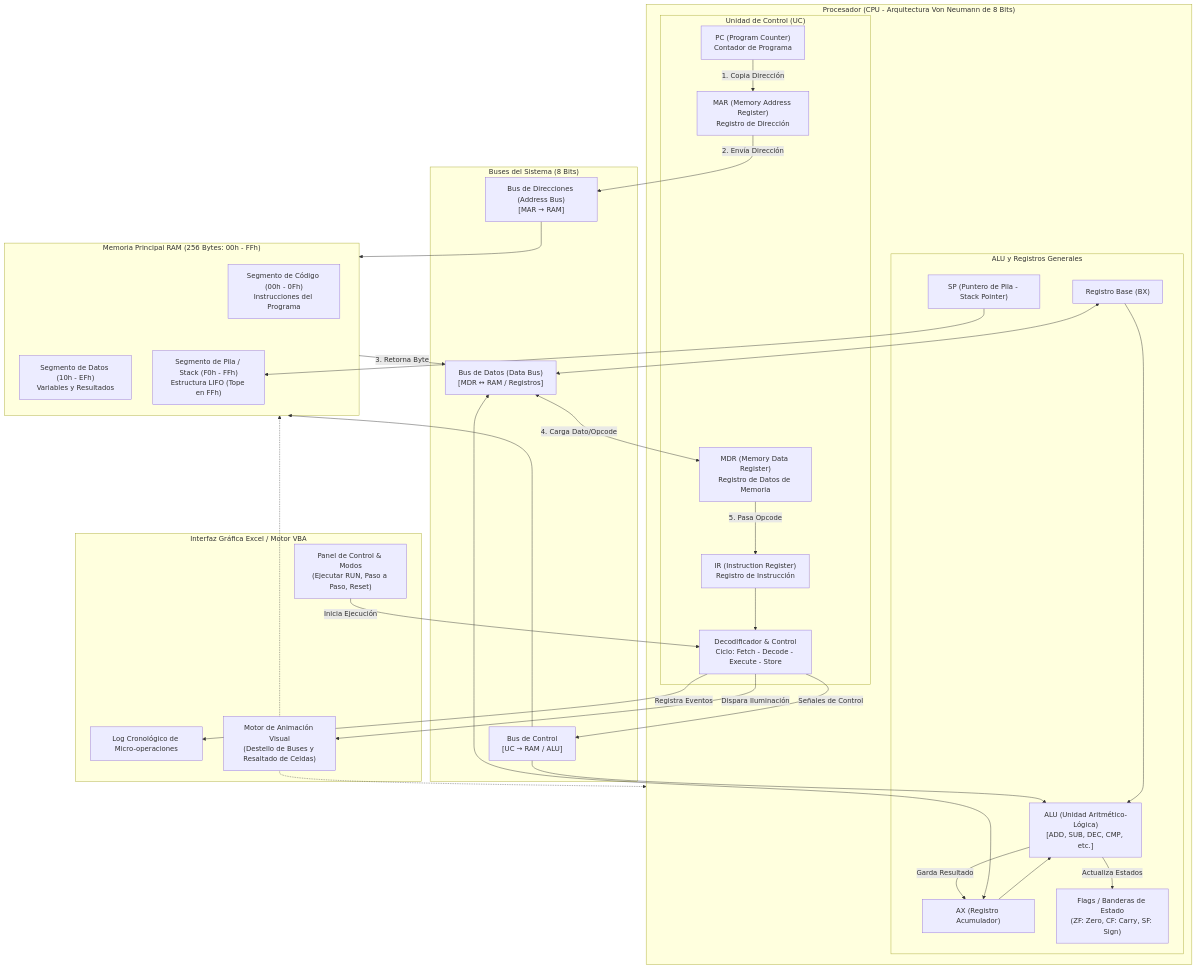
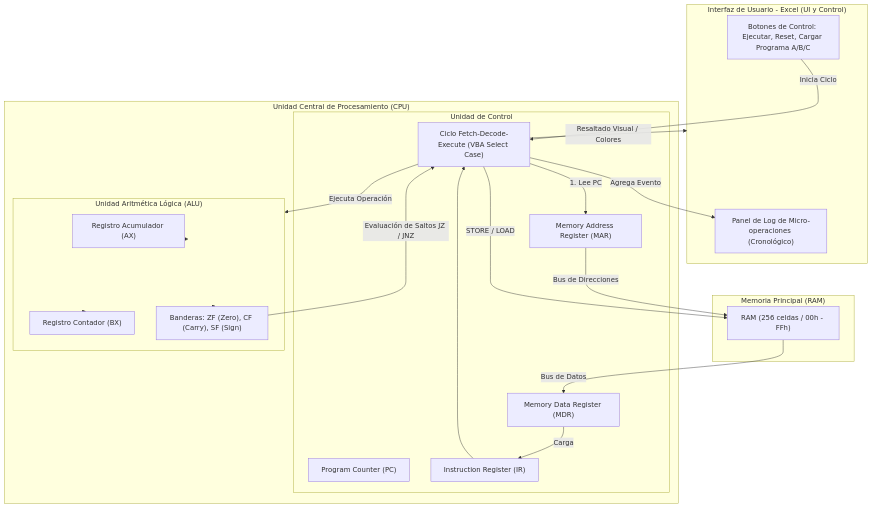
Before and after one commit to BilyMR/C1_Arquitectura_Computadoras: the diagram in docs/diagrama_arquitectura.mmd, drawn with Mermaid.

Commit message:
docs: actualizar diagrama de arquitectura con componentes ALU y buses sincronizados

```diff
--- a/docs/diagrama_arquitectura.mmd
+++ b/docs/diagrama_arquitectura.mmd
@@ -1,68 +1,46 @@
 graph TD
-    subgraph CPU ["Procesador (CPU - Arquitectura Von Neumann de 8 Bits)"]
-        subgraph UC ["Unidad de Control (UC)"]
-            PC["PC (Program Counter)<br/>Contador de Programa"]
-            IR["IR (Instruction Register)<br/>Registro de Instrucción"]
-            MAR["MAR (Memory Address Register)<br/>Registro de Dirección"]
-            MDR["MDR (Memory Data Register)<br/>Registro de Datos de Memoria"]
-            CU_LOGIC["Decodificador & Control<br/>Ciclo: Fetch - Decode - Execute - Store"]
+    subgraph UI ["Interfaz de Usuario - Excel (UI y Control)"]
+        Buttons["Botones de Control: Ejecutar, Reset, Cargar Programa A/B/C"]
+        LogPanel["Panel de Log de Micro-operaciones (Cronológico)"]
+    end
+
+    subgraph CPU ["Unidad Central de Procesamiento (CPU)"]
+        subgraph CU ["Unidad de Control"]
+            PC["Program Counter (PC)"]
+            MAR["Memory Address Register (MAR)"]
+            MDR["Memory Data Register (MDR)"]
+            IR["Instruction Register (IR)"]
+            FDE["Ciclo Fetch-Decode-Execute (VBA Select Case)"]
         end
 
-        subgraph ALU_REGS ["ALU y Registros Generales"]
-            AX["AX (Registro Acumulador)"]
-            BX["Registro Base (BX)"]
-            SP["SP (Puntero de Pila - Stack Pointer)"]
-            FLAGS["Flags / Banderas de Estado<br/>(ZF: Zero, CF: Carry, SF: Sign)"]
-            ALU_UNIT["ALU (Unidad Aritmético-Lógica)<br/>[ADD, SUB, DEC, CMP, etc.]"]
+        subgraph ALU ["Unidad Aritmética Lógica (ALU)"]
+            AX["Registro Acumulador (AX)"]
+            BX["Registro Contador (BX)"]
+            Flags["Banderas: ZF (Zero), CF (Carry), SF (Sign)"]
         end
     end
 
-    subgraph BUSES ["Buses del Sistema (8 Bits)"]
-        ADDR_BUS["Bus de Direcciones (Address Bus)<br/>[MAR &rarr; RAM]"]
-        DATA_BUS["Bus de Datos (Data Bus)<br/>[MDR &harr; RAM / Registros]"]
-        CTRL_BUS["Bus de Control<br/>[UC &rarr; RAM / ALU]"]
+    subgraph Memory ["Memoria Principal (RAM)"]
+        RAM["RAM (256 celdas / 00h - FFh)"]
     end
 
-    subgraph RAM_MEM ["Memoria Principal RAM (256 Bytes: 00h - FFh)"]
-        CODE_SEG["Segmento de Código (00h - 0Fh)<br/>Instrucciones del Programa"]
-        DATA_SEG["Segmento de Datos (10h - EFh)<br/>Variables y Resultados"]
-        STACK_SEG["Segmento de Pila / Stack (F0h - FFh)<br/>Estructura LIFO (Tope en FFh)"]
-    end
-
-    subgraph UI ["Interfaz Gráfica Excel / Motor VBA"]
-        PANEL["Panel de Control & Modos<br/>(Ejecutar RUN, Paso a Paso, Reset)"]
-        LOG["Log Cronológico de Micro-operaciones"]
-        ANIM["Motor de Animación Visual<br/>(Destello de Buses y Resaltado de Celdas)"]
-    end
-
-    %% Conexiones del Ciclo de Búsqueda (Fetch) y Memoria
-    PC -->|1. Copia Dirección| MAR
-    MAR -->|2. Envía Dirección| ADDR_BUS
-    ADDR_BUS --> RAM_MEM
-
-    RAM_MEM -->|3. Retorna Byte| DATA_BUS
-    DATA_BUS <-->|4. Carga Dato/Opcode| MDR
-    MDR -->|5. Pasa Opcode| IR
-    IR --> CU_LOGIC
-
-    %% Control y ALU
-    CU_LOGIC -->|Señales de Control| CTRL_BUS
-    CTRL_BUS --> ALU_UNIT
-    CTRL_BUS --> RAM_MEM
-
-    %% Flujo de Datos en Registros y ALU
-    AX <--> DATA_BUS
-    BX <--> DATA_BUS
-    SP --> STACK_SEG
-
-    AX --> ALU_UNIT
-    BX --> ALU_UNIT
-    ALU_UNIT -->|Garda Resultado| AX
-    ALU_UNIT -->|Actualiza Estados| FLAGS
-
-    %% Interacción con la Interfaz de Usuario
-    PANEL -->|Inicia Ejecución| CU_LOGIC
-    CU_LOGIC -->|Registra Eventos| LOG
-    CU_LOGIC -->|Dispara Iluminación| ANIM
-    ANIM -.-> RAM_MEM
-    ANIM -.-> CPU
+    %% Flujos y Buses
+    Buttons -->|Inicia Ciclo| FDE
+    FDE -->|1. Lee PC| MAR
+    MAR -->|Bus de Direcciones| RAM
+    RAM -->|Bus de Datos| MDR
+    MDR -->|Carga| IR
+    IR --> FDE
+    
+    FDE -->|Ejecuta Operación| ALU
+    ALU --> AX
+    ALU --> BX
+    ALU --> Flags
+    
+    %% Lectura/Escritura de Datos en RAM
+    FDE -->|STORE / LOAD| RAM
+    
+    %% Retroalimentación a la Interfaz
+    FDE -->|Resaltado Visual / Colores| UI
+    FDE -->|Agrega Evento| LogPanel
+    Flags -->|Evaluación de Saltos JZ / JNZ| FDE
```
